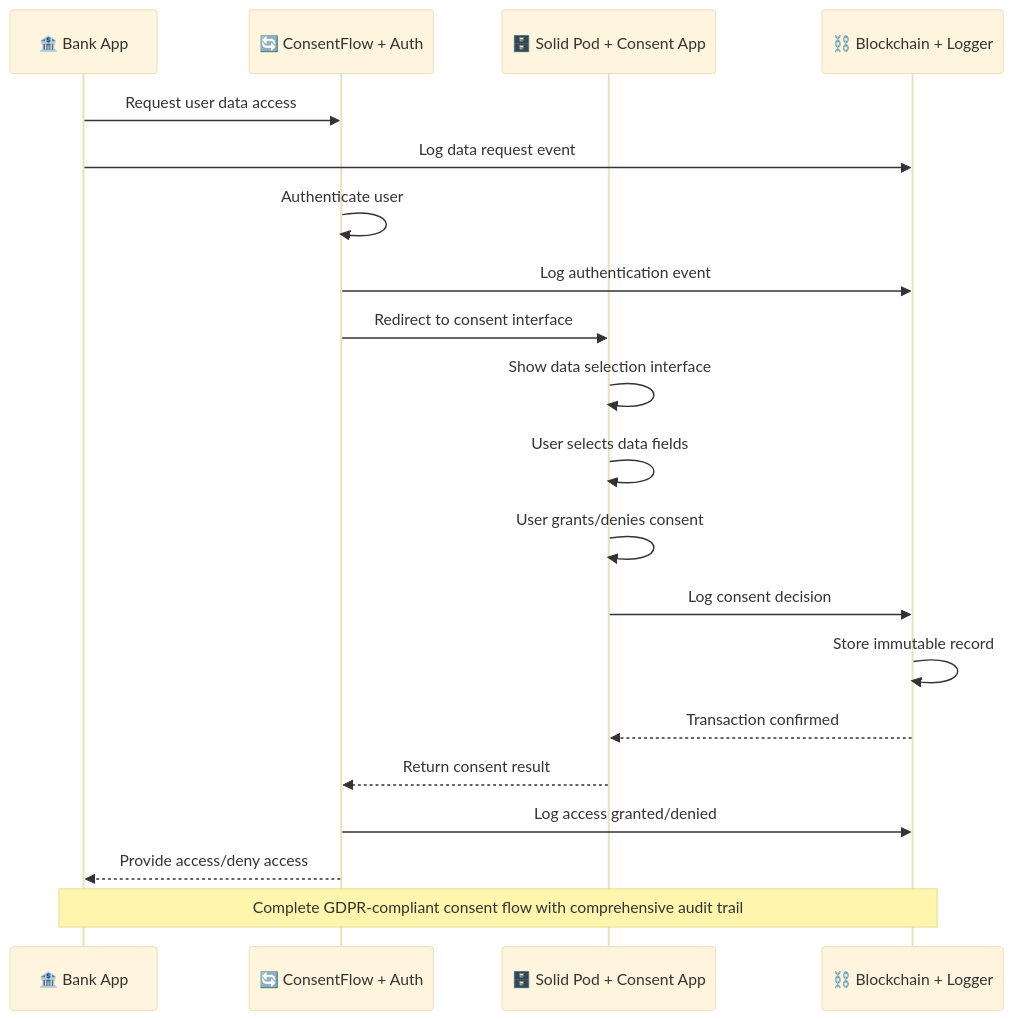
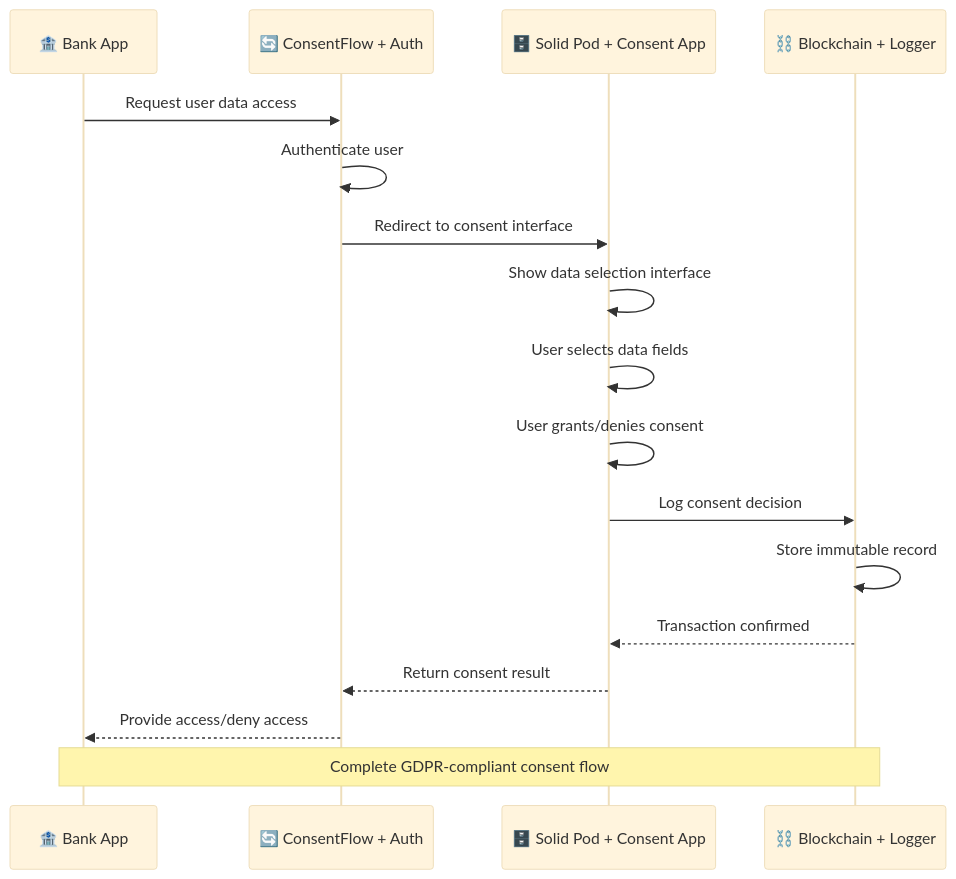
The third of 15 diagrams in README.md (kobivan92/digital_consent), drawn with Mermaid (base theme) before and after one commit. The commit also changed other lines of this file, not shown here.

````diff
--- a/README.md
+++ b/README.md
@@ -109,24 +119,21 @@
 ```mermaid
 sequenceDiagram
     participant Bank as 🏦 Bank App
     participant ConsentFlow as 🔄 ConsentFlow + Auth
     participant SolidPod as 🗄️ Solid Pod + Consent App
     participant Blockchain as ⛓️ Blockchain + Logger
     
     Bank->>ConsentFlow: Request user data access
-    Bank->>Blockchain: Log data request event
     ConsentFlow->>ConsentFlow: Authenticate user
-    ConsentFlow->>Blockchain: Log authentication event
     ConsentFlow->>SolidPod: Redirect to consent interface
     SolidPod->>SolidPod: Show data selection interface
     SolidPod->>SolidPod: User selects data fields
     SolidPod->>SolidPod: User grants/denies consent
     SolidPod->>Blockchain: Log consent decision
     Blockchain->>Blockchain: Store immutable record
     Blockchain-->>SolidPod: Transaction confirmed
     SolidPod-->>ConsentFlow: Return consent result
-    ConsentFlow->>Blockchain: Log access granted/denied
     ConsentFlow-->>Bank: Provide access/deny access
     
-    Note over Bank,Blockchain: Complete GDPR-compliant consent flow with comprehensive audit trail
+    Note over Bank,Blockchain: Complete GDPR-compliant consent flow
 ```
````
